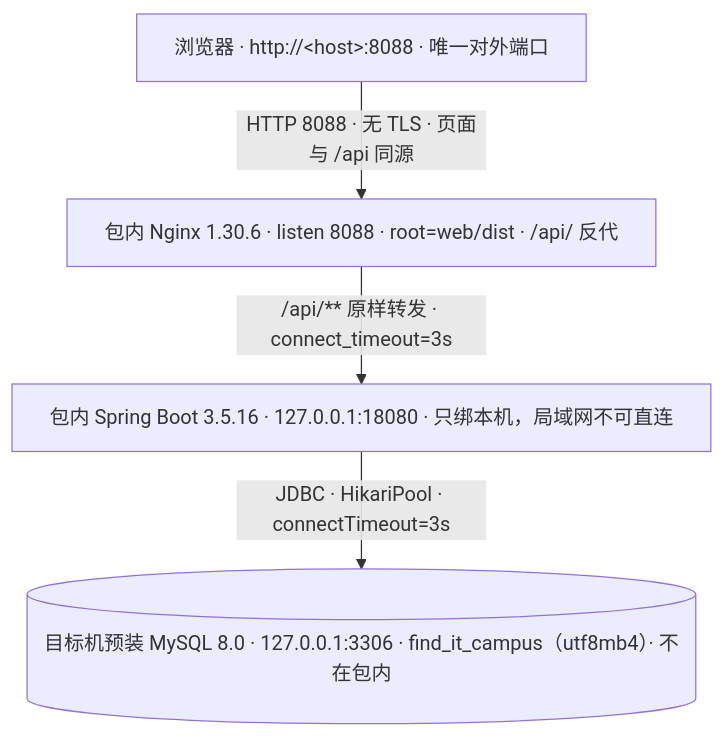
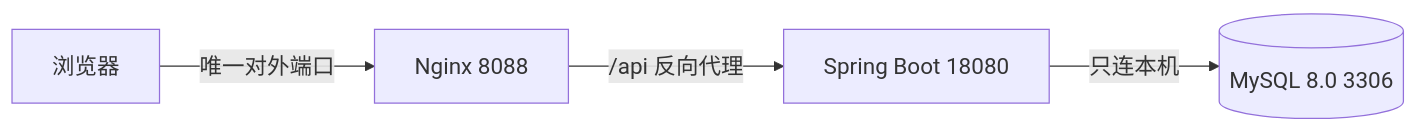
One commit to BLingKiy/find-it-campus changed the diagram in docs/design/diagrams/deploy-windows.mmd. Above: the diagram before and after it, drawn with Mermaid. The commit also changed 58 other files, not shown here.

```diff
--- a/docs/design/diagrams/deploy-windows.mmd
+++ b/docs/design/diagrams/deploy-windows.mmd
@@ -1,13 +1,13 @@
-%% find-it-campus · Windows 单机部署形态（7.1 部署包的实际拓扑）
+%% find-it-campus · Windows 单机部署形态（部署包的实际拓扑）
 %% 事实来源：deploy/nginx/nginx.conf、deploy/scripts/start.ps1、deploy/scripts/install.ps1、deploy/DEPLOY-WINDOWS.md
-%% 版式：与 architecture-container 一致（单行标签 + 纵向布局），宽图在 A4 页宽内会被缩到看不清
-%%{init: {"flowchart": {"wrappingWidth": 520, "nodeSpacing": 34, "rankSpacing": 46}}}%%
-flowchart TB
-  Browser["浏览器 · http://&lt;host&gt;:8088 · 唯一对外端口"]
-  Nginx["包内 Nginx 1.30.6 · listen 8088 · root=web/dist · /api/ 反代"]
-  App["包内 Spring Boot 3.5.16 · 127.0.0.1:18080 · 只绑本机，局域网不可直连"]
-  DB[("目标机预装 MySQL 8.0 · 127.0.0.1:3306 · find_it_campus（utf8mb4）· 不在包内")]
+%% 版式：横向四段 —— 四个节点纵向排会变成一张又窄又高的图，放进 A4 只能缩到看不清
+%%{init: {"flowchart": {"curve": "basis", "nodeSpacing": 40, "rankSpacing": 64, "padding": 16}, "themeVariables": {"fontSize": "18px"}}}%%
+flowchart LR
+  BR["浏览器"]
+  NG["Nginx 8088"]
+  APP["Spring Boot 18080"]
+  DB[("MySQL 8.0 3306")]
 
-  Browser -->|"HTTP 8088 · 无 TLS · 页面与 /api 同源"| Nginx
-  Nginx -->|"/api/** 原样转发 · connect_timeout=3s"| App
-  App -->|"JDBC · HikariPool · connectTimeout=3s"| DB
+  BR -->|"唯一对外端口"| NG
+  NG -->|"/api 反向代理"| APP
+  APP -->|"只连本机"| DB
```
